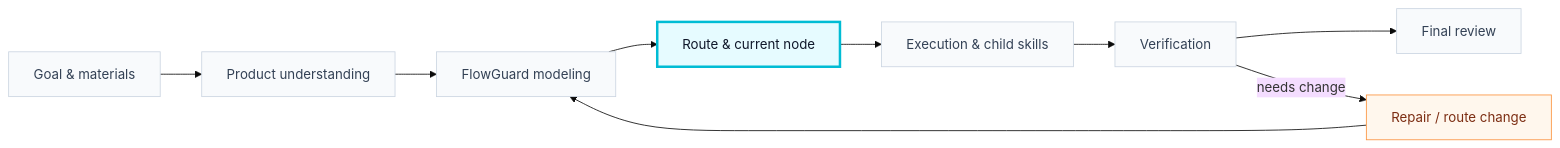
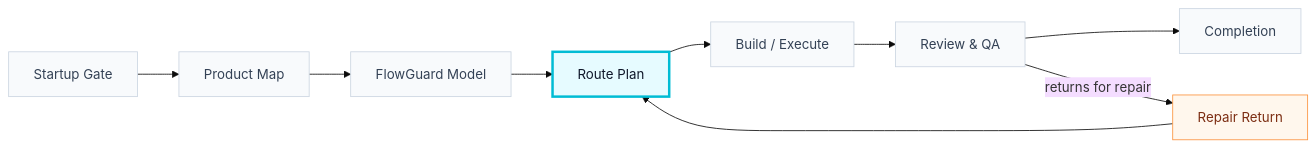
Before and after one commit to liuyingxuvka/FlowPilot: the diagram in templates/flowpilot/diagrams/user-flow-diagram.template.mmd, drawn with Mermaid (base theme). The commit also changed 75 other files, not shown here.

Commit message:
Update FlowPilot process gates and closure checks

```diff
--- a/templates/flowpilot/diagrams/user-flow-diagram.template.mmd
+++ b/templates/flowpilot/diagrams/user-flow-diagram.template.mmd
@@ -1,25 +1,26 @@
 flowchart LR
-  intake["Goal & materials"]
-  product["Product understanding"]
-  modeling["FlowGuard modeling"]
-  route["Route & current node"]
-  execution["Execution & child skills"]
-  verification["Verification"]
-  completion["Final review"]
-  repair["Repair / route change"]
+  %% FlowPilot realtime route sign. This is the user-facing graph, not raw FlowGuard Mermaid.
+  startup["Startup Gate"]
+  product["Product Map"]
+  modeling["FlowGuard Model"]
+  route["Route Plan"]
+  execution["Build / Execute"]
+  verification["Review & QA"]
+  completion["Completion"]
+  repair["Repair Return"]
 
-  intake --> product
+  startup --> product
   product --> modeling
   modeling --> route
   route --> execution
   execution --> verification
   verification --> completion
-  verification -- "needs change" --> repair
-  repair --> modeling
+  verification -- "returns for repair" --> repair
+  repair --> route
 
   classDef active fill:#e6fbff,stroke:#00bcd4,stroke-width:3px,color:#0f172a;
   classDef normal fill:#f8fafc,stroke:#cbd5e1,color:#334155;
   classDef repair fill:#fff7ed,stroke:#fb923c,color:#7c2d12;
-  class intake,product,modeling,route,execution,verification,completion normal;
+  class startup,product,modeling,route,execution,verification,completion normal;
   class repair repair;
   class route active;
```
